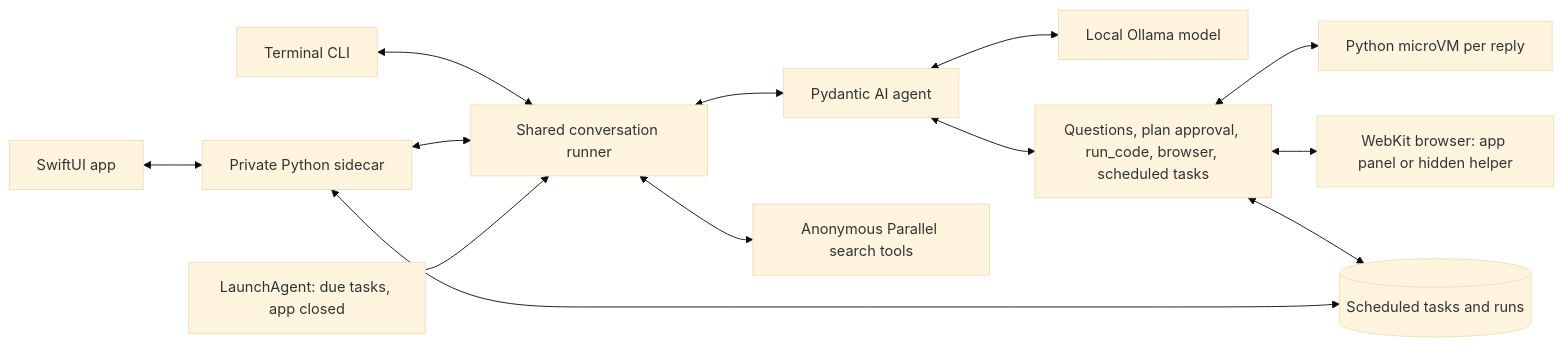
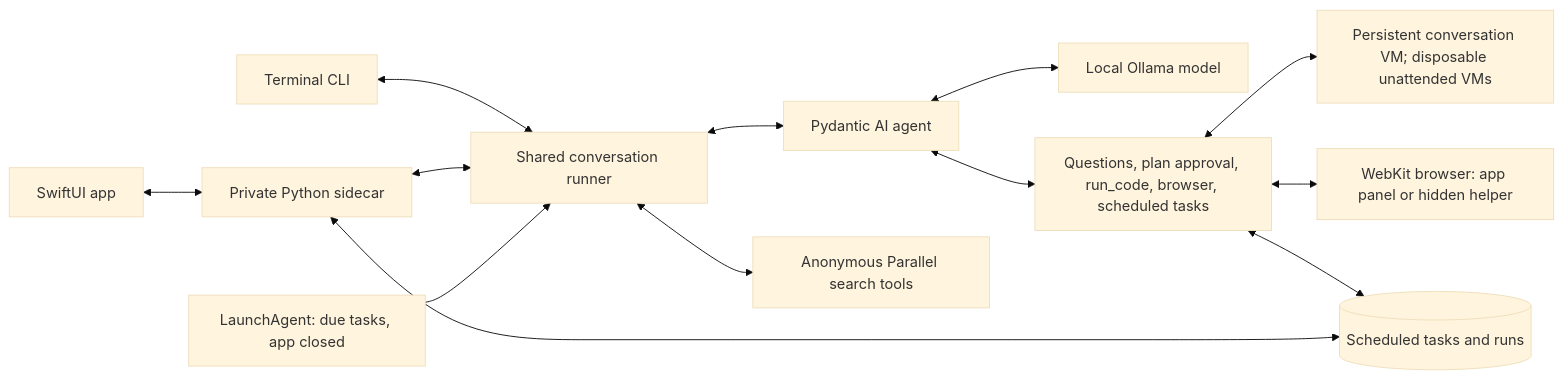
The diagram in README.md (raniendu/vikram), drawn with Mermaid (base theme) before and after one commit. The commit also changed other lines of this file and 47 other files, not shown here.

Commit message:
Persist conversation sandboxes and harden reply completion

````diff
--- a/README.md
+++ b/README.md
@@ -446,15 +459,15 @@
 ```mermaid
 flowchart LR
     CLI[Terminal CLI] <--> Runner[Shared conversation runner]
     App[SwiftUI app] <--> Sidecar[Private Python sidecar]
     Sidecar <--> Runner
     Runner <--> Agent[Pydantic AI agent]
     Agent <--> Ollama[Local Ollama model]
     Runner <--> Parallel[Anonymous Parallel search tools]
     Agent <--> Toolkit[Questions, plan approval, run_code, browser, scheduled tasks]
-    Toolkit <--> VM[Python microVM per reply]
+    Toolkit <--> VM[Persistent conversation VM; disposable unattended VMs]
     Toolkit <--> Browser[WebKit browser: app panel or hidden helper]
     Toolkit <--> Tasks[(Scheduled tasks and runs)]
     Launchd[LaunchAgent: due tasks, app closed] --> Runner
     Sidecar <--> Tasks
 ```
````
